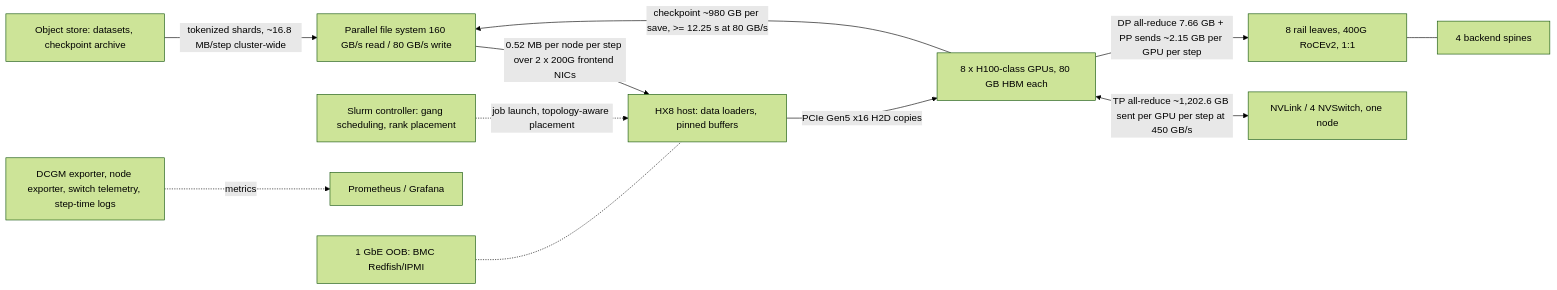
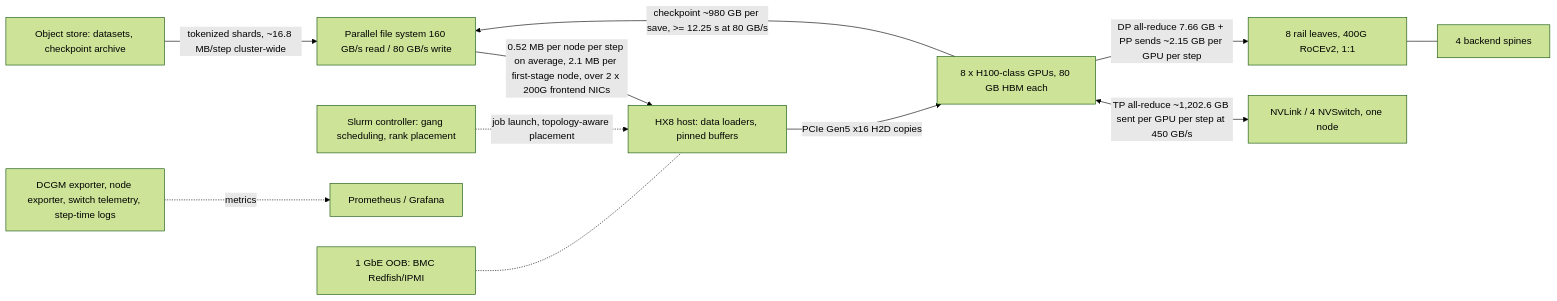
The first of 2 diagrams in book/part-1-foundations/ch01-ai-infrastructure-landscape/solutions/exercises/1.1-reference-architectures/solution/answer.md (sbittla/network-compute-engineer-ai-infra), drawn with Mermaid (forest theme) before and after one commit. The commit also changed other lines of this file and 881 other files, not shown here.

````diff
--- a/book/part-1-foundations/ch01-ai-infrastructure-landscape/solutions/exercises/1.1-reference-architectures/solution/answer.md
+++ b/book/part-1-foundations/ch01-ai-infrastructure-landscape/solutions/exercises/1.1-reference-architectures/solution/answer.md
@@ -9,13 +9,13 @@
 ```mermaid
 flowchart LR
   OBJ[Object store: datasets, checkpoint archive] -->|tokenized shards, ~16.8 MB/step cluster-wide| PFS[Parallel file system 160 GB/s read / 80 GB/s write]
-  PFS -->|0.52 MB per node per step over 2 x 200G frontend NICs| HOST[HX8 host: data loaders, pinned buffers]
+  PFS -->|0.52 MB per node per step on average, 2.1 MB per first-stage node, over 2 x 200G frontend NICs| HOST[HX8 host: data loaders, pinned buffers]
   HOST -->|PCIe Gen5 x16 H2D copies| GPU[8 x H100-class GPUs, 80 GB HBM each]
   GPU <-->|TP all-reduce ~1,202.6 GB sent per GPU per step at 450 GB/s| NVS[NVLink / 4 NVSwitch, one node]
   GPU -->|DP all-reduce 7.66 GB + PP sends ~2.15 GB per GPU per step| RAIL[8 rail leaves, 400G RoCEv2, 1:1]
   RAIL --- SPINE[4 backend spines]
   GPU -->|checkpoint ~980 GB per save, >= 12.25 s at 80 GB/s| PFS
   SLURM[Slurm controller: gang scheduling, rank placement] -.->|job launch, topology-aware placement| HOST
   OBS[DCGM exporter, node exporter, switch telemetry, step-time logs] -.->|metrics| PROM[Prometheus / Grafana]
   BMC[1 GbE OOB: BMC Redfish/IPMI] -.- HOST
 ```
````
